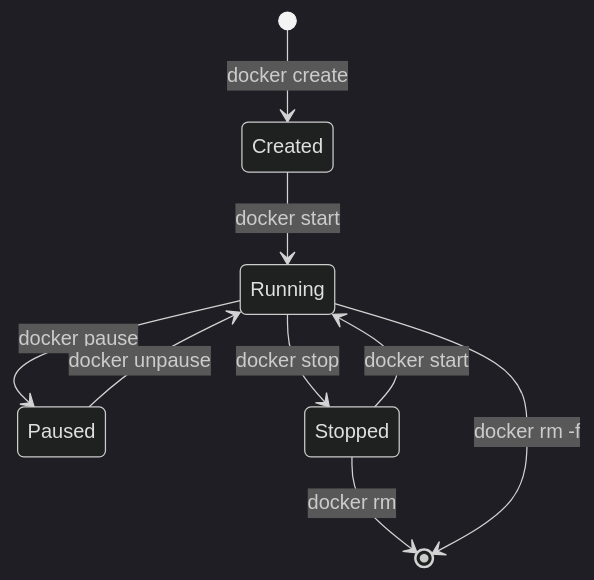
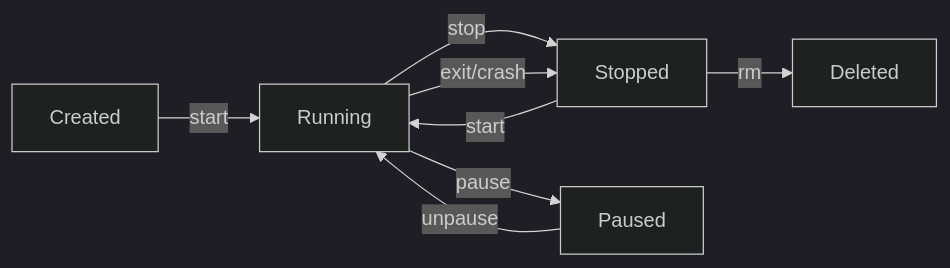
One commit to anubhab-codes/eigenbytes-site changed the diagram in docs/engineering/devops/05-docker/02-running-containers.md. Above: the diagram before and after it, drawn with Mermaid (dark theme). The commit also changed other lines of this file and 18 other files, not shown here.

````diff
--- a/docs/engineering/devops/05-docker/02-running-containers.md
+++ b/docs/engineering/devops/05-docker/02-running-containers.md
@@ -314,11 +15,10 @@
 ```mermaid
-stateDiagram-v2
-    [*] --> Created: docker create
-    Created --> Running: docker start
-    Running --> Paused: docker pause
-    Paused --> Running: docker unpause
-    Running --> Stopped: docker stop
-    Stopped --> Running: docker start
-    Stopped --> [*]: docker rm
-    Running --> [*]: docker rm -f
+graph LR
+    Created -->|start| Running
+    Running -->|stop| Stopped
+    Running -->|pause| Paused
+    Paused -->|unpause| Running
+    Stopped -->|start| Running
+    Running -->|exit/crash| Stopped
+    Stopped -->|rm| Deleted
 ```
````
